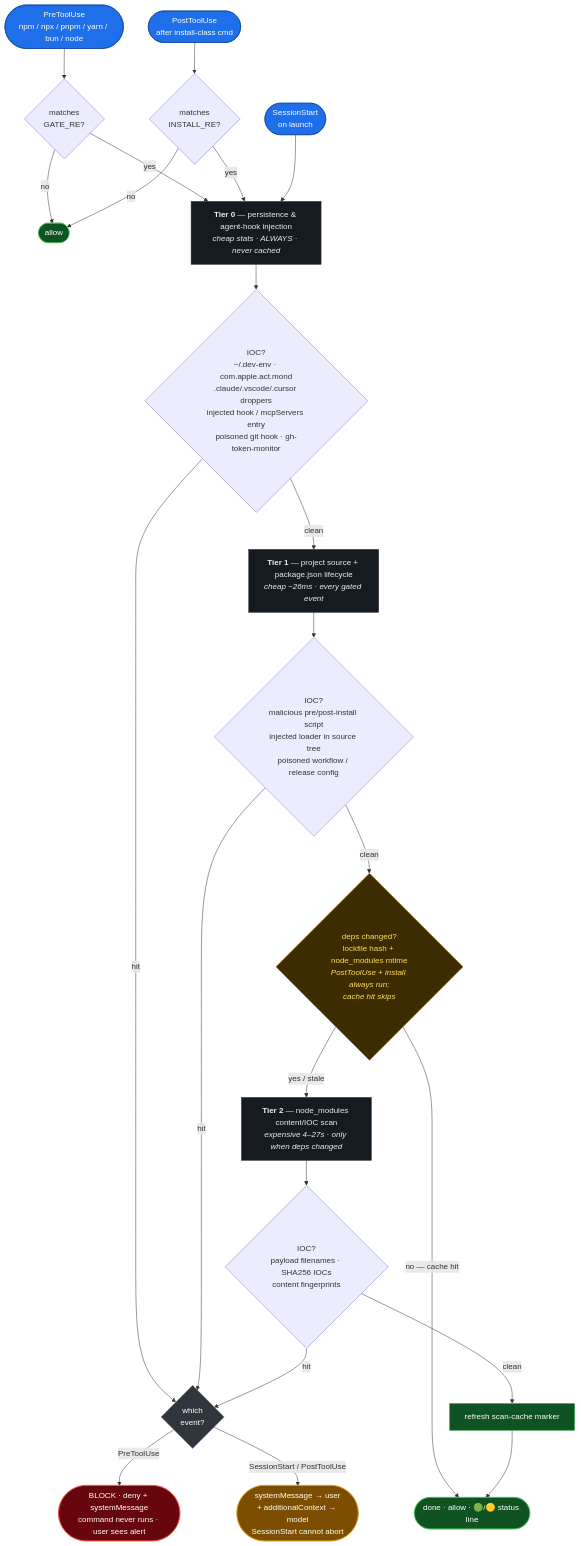
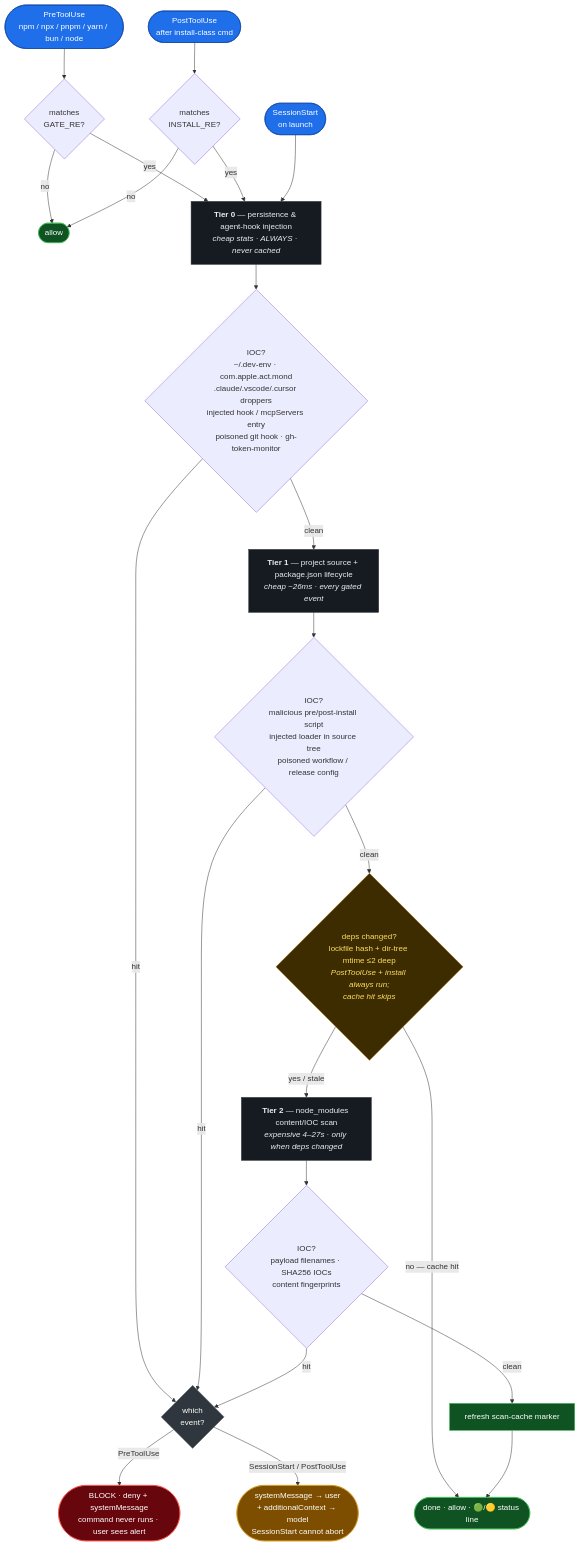
The diagram in README.md (notambourine/wormhook), drawn with Mermaid before and after one commit. The commit also changed other lines of this file and 2 other files, not shown here.

First line of the commit message:
fix: Tier-2 cache key sees dir-tree mtimes, not just node_modules root (#7)

````diff
--- a/README.md
+++ b/README.md
@@ -32,50 +32,50 @@
 ```mermaid
 flowchart TD
     A([SessionStart<br/>on launch]):::evt
     B([PreToolUse<br/>npm / npx / pnpm / yarn / bun / node]):::evt
     C([PostToolUse<br/>after install-class cmd]):::evt
 
     B --> Bg{matches<br/>GATE_RE?}
     Bg -- no --> ALLOW
     Bg -- yes --> T0
     C --> Cg{matches<br/>INSTALL_RE?}
     Cg -- no --> ALLOW
     Cg -- yes --> T0
     A --> T0
 
     T0["<b>Tier 0</b> — persistence &amp; agent-hook injection<br/><i>cheap stats · ALWAYS · never cached</i>"]:::tier
     T0 --> T0c{IOC?<br/>~/.dev-env · com.apple.act.mond<br/>.claude/.vscode/.cursor droppers<br/>injected hook / mcpServers entry<br/>poisoned git hook · gh-token-monitor}
     T0c -- hit --> G
     T0c -- clean --> T1
 
     T1["<b>Tier 1</b> — project source + package.json lifecycle<br/><i>cheap ~26ms · every gated event</i>"]:::tier
     T1 --> T1c{IOC?<br/>malicious pre/post-install script<br/>injected loader in source tree<br/>poisoned workflow / release config}
     T1c -- hit --> G
     T1c -- clean --> CACHE
 
-    CACHE{deps changed?<br/>lockfile hash + node_modules mtime<br/><i>PostToolUse + install always run;<br/>cache hit skips</i>}:::cache
+    CACHE{deps changed?<br/>lockfile hash + dir-tree mtime ≤2 deep<br/><i>PostToolUse + install always run;<br/>cache hit skips</i>}:::cache
     CACHE -- "no — cache hit" --> DONE
     CACHE -- "yes / stale" --> T2
 
     T2["<b>Tier 2</b> — node_modules content/IOC scan<br/><i>expensive 4–27s · only when deps changed</i>"]:::tier
     T2 --> T2c{IOC?<br/>payload filenames · SHA256 IOCs<br/>content fingerprints}
     T2c -- hit --> G
     T2c -- clean --> REFRESH
 
     REFRESH[refresh scan-cache marker]:::ok --> DONE
 
     G{which<br/>event?}:::guard
     G -- PreToolUse --> BLOCK([BLOCK · deny + systemMessage<br/>command never runs · user sees alert]):::block
     G -- "SessionStart / PostToolUse" --> SURFACE([systemMessage → user<br/>+ additionalContext → model<br/>SessionStart cannot abort]):::warn
 
     ALLOW([allow]):::ok
     DONE([done · allow · 🟢/🟡 status line]):::ok
 
     classDef evt fill:#1f6feb,stroke:#0d419d,color:#fff
     classDef tier fill:#161b22,stroke:#30363d,color:#e6edf3
     classDef cache fill:#3d2c00,stroke:#9e6a03,color:#ffdf5d
     classDef guard fill:#30363d,stroke:#6e7681,color:#fff
     classDef block fill:#67060c,stroke:#f85149,color:#fff
     classDef warn fill:#7d4e00,stroke:#d29922,color:#fff
     classDef ok fill:#0f5323,stroke:#3fb950,color:#fff
 ```
````
